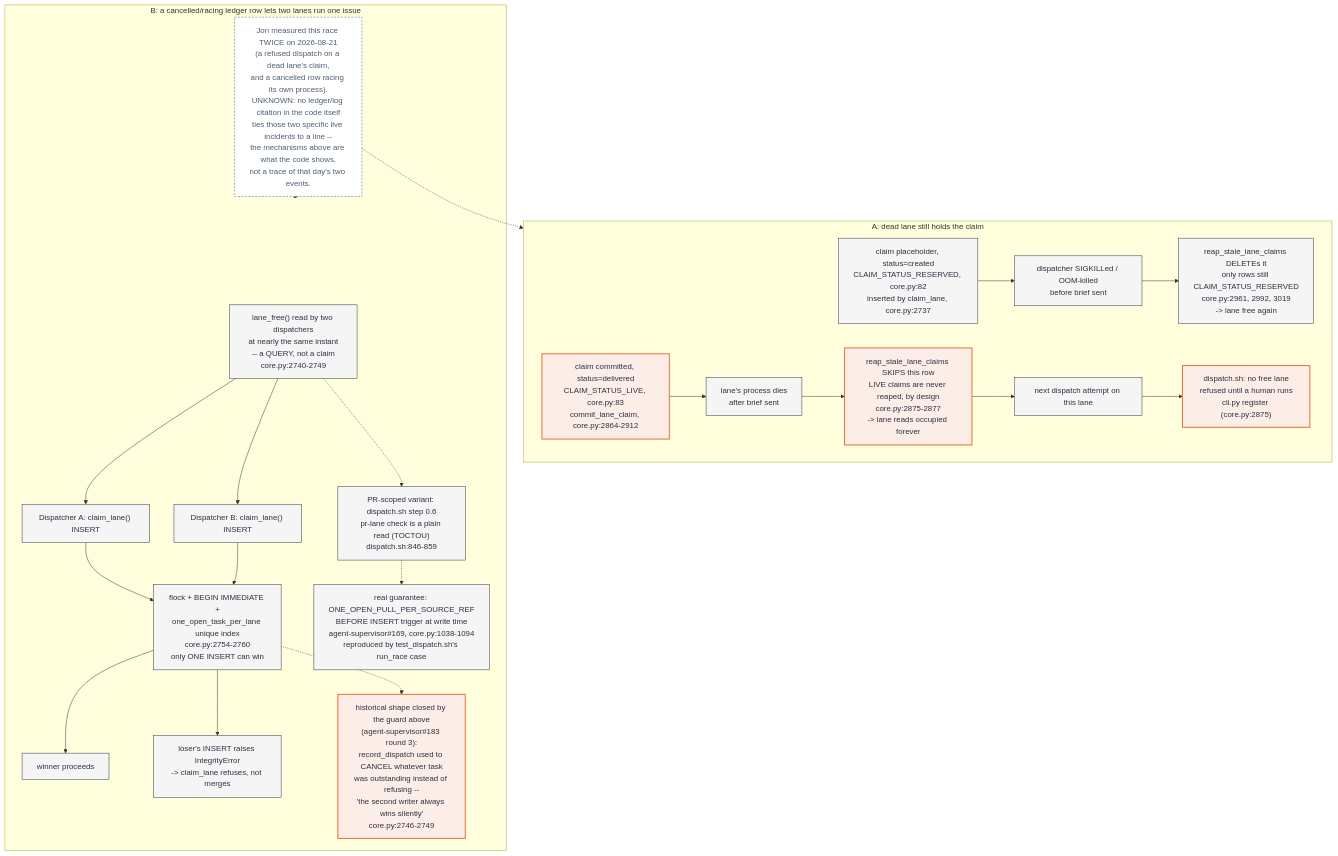
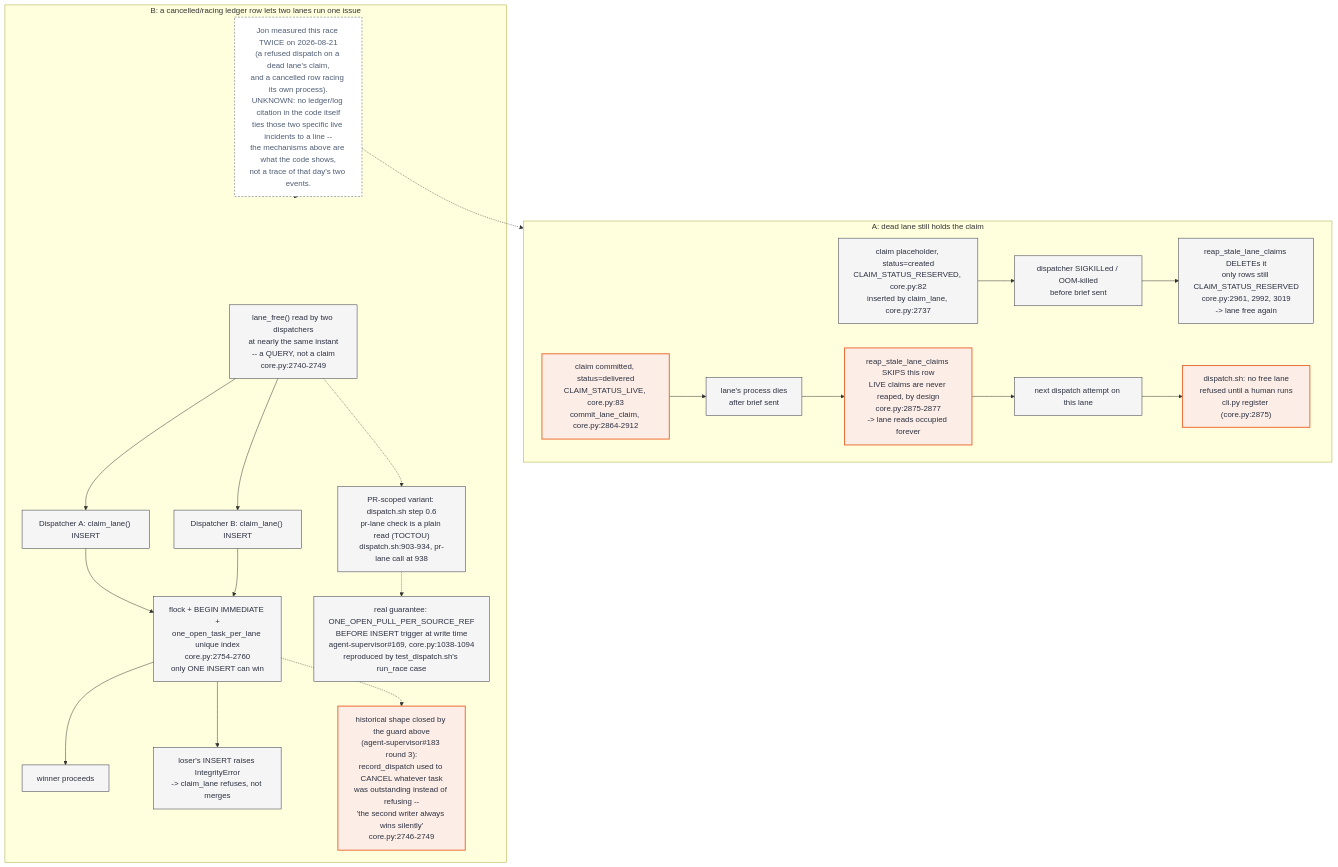
The third of 5 diagrams in docs/diagrams/dispatch-path.md (jonhill90/agent-estate), drawn with Mermaid before and after one commit. The commit also changed other lines of this file, not shown here.

First line of the commit message:
docs: fix step 0.6 TOCTOU citation, add worktree-cleanup caveat

````diff
--- a/docs/diagrams/dispatch-path.md
+++ b/docs/diagrams/dispatch-path.md
@@ -147,47 +157,47 @@
 ```mermaid
 flowchart TD
     classDef focal fill:#fceee6,stroke:#eb6c36,color:#2d3142,stroke-width:2px
     classDef normal fill:#f5f5f5,stroke:#2d3142,color:#2d3142
     classDef muted fill:#ececec,stroke:#4f5d75,color:#4f5d75
     classDef unknown fill:#ffffff,stroke:#4f5d75,color:#4f5d75,stroke-dasharray: 4 3
 
     subgraph A["A: dead lane still holds the claim"]
       Reserved["claim placeholder, status=created<br/>CLAIM_STATUS_RESERVED, core.py:82<br/>inserted by claim_lane, core.py:2737"]
       Live["claim committed, status=delivered<br/>CLAIM_STATUS_LIVE, core.py:83<br/>commit_lane_claim, core.py:2864-2912"]
       DeadOwner1["dispatcher SIGKILLed / OOM-killed<br/>before brief sent"]
       DeadOwner2["lane's process dies<br/>after brief sent"]
       Reaped["reap_stale_lane_claims DELETEs it<br/>only rows still CLAIM_STATUS_RESERVED<br/>core.py:2961, 2992, 3019<br/>-> lane free again"]
       Stuck["reap_stale_lane_claims SKIPS this row<br/>LIVE claims are never reaped, by design<br/>core.py:2875-2877<br/>-> lane reads occupied forever"]
       NextDispatch["next dispatch attempt on this lane"]
       RefusedNoFree["dispatch.sh: no free lane<br/>refused until a human runs<br/>cli.py register (core.py:2875)"]
 
       Reserved --> DeadOwner1 --> Reaped
       Live --> DeadOwner2 --> Stuck --> NextDispatch --> RefusedNoFree
     end
 
     subgraph B["B: a cancelled/racing ledger row lets two lanes run one issue"]
       Free["lane_free() read by two dispatchers<br/>at nearly the same instant<br/>-- a QUERY, not a claim<br/>core.py:2740-2749"]
       InsertA["Dispatcher A: claim_lane() INSERT"]
       InsertB["Dispatcher B: claim_lane() INSERT"]
       Atomic["flock + BEGIN IMMEDIATE +<br/>one_open_task_per_lane unique index<br/>core.py:2754-2760<br/>only ONE INSERT can win"]
       Winner["winner proceeds"]
       LoserRefused["loser's INSERT raises IntegrityError<br/>-> claim_lane refuses, not merges"]
       HistoricalRace["historical shape closed by the guard above<br/>(agent-supervisor#183 round 3):<br/>record_dispatch used to CANCEL whatever task<br/>was outstanding instead of refusing --<br/>'the second writer always wins silently'<br/>core.py:2746-2749"]
-      PRRace["PR-scoped variant: dispatch.sh step 0.6<br/>pr-lane check is a plain read (TOCTOU)<br/>dispatch.sh:846-859"]
+      PRRace["PR-scoped variant: dispatch.sh step 0.6<br/>pr-lane check is a plain read (TOCTOU)<br/>dispatch.sh:903-934, pr-lane call at 938"]
       PRTrigger["real guarantee: ONE_OPEN_PULL_PER_SOURCE_REF<br/>BEFORE INSERT trigger at write time<br/>agent-supervisor#169, core.py:1038-1094<br/>reproduced by test_dispatch.sh's run_race case"]
       TodayUnknown["Jon measured this race TWICE on 2026-08-21<br/>(a refused dispatch on a dead lane's claim,<br/>and a cancelled row racing its own process).<br/>UNKNOWN: no ledger/log citation in the code itself<br/>ties those two specific live incidents to a line --<br/>the mechanisms above are what the code shows,<br/>not a trace of that day's two events."]
 
       Free --> InsertA & InsertB --> Atomic
       Atomic --> Winner
       Atomic --> LoserRefused
       Atomic -.-> HistoricalRace
       Free -.-> PRRace -.-> PRTrigger
     end
 
     TodayUnknown -.-> A
     TodayUnknown -.-> B
 
     class Live,Stuck,RefusedNoFree,HistoricalRace focal
     class Reserved,DeadOwner1,DeadOwner2,Reaped,NextDispatch,Free,InsertA,InsertB,Atomic,Winner,LoserRefused,PRRace,PRTrigger normal
     class TodayUnknown unknown
 ```
````
